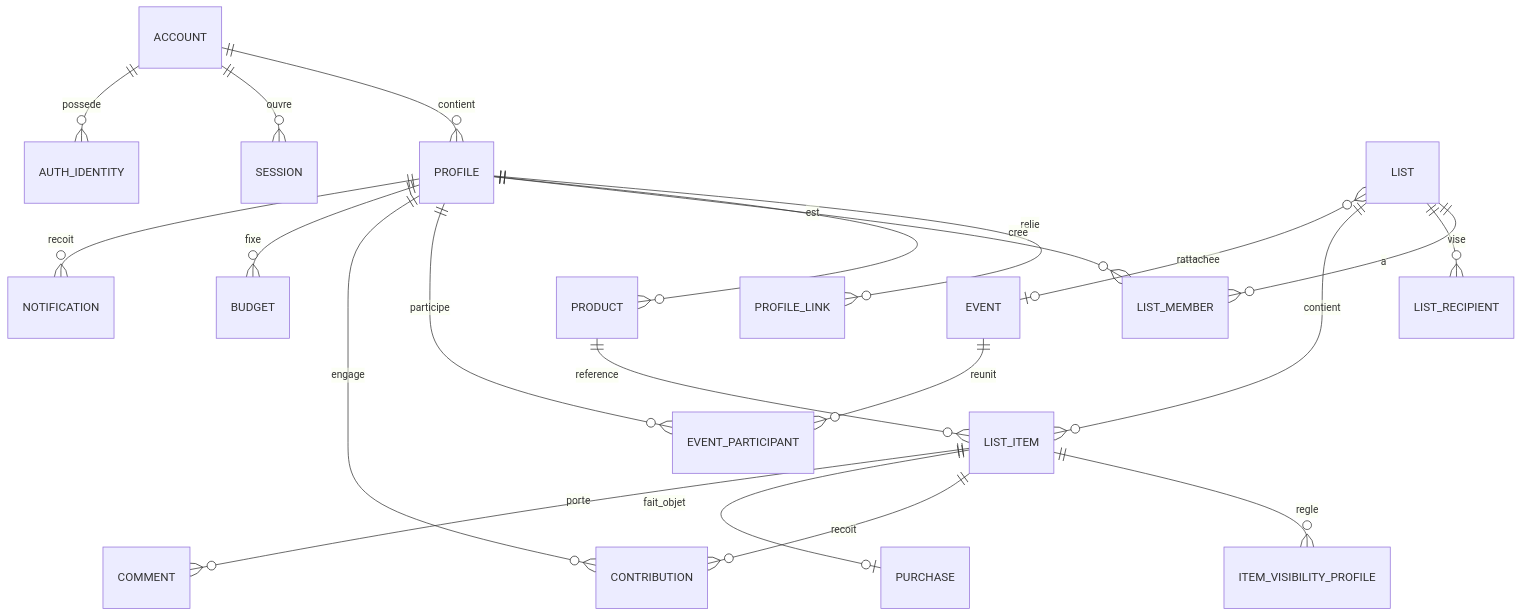
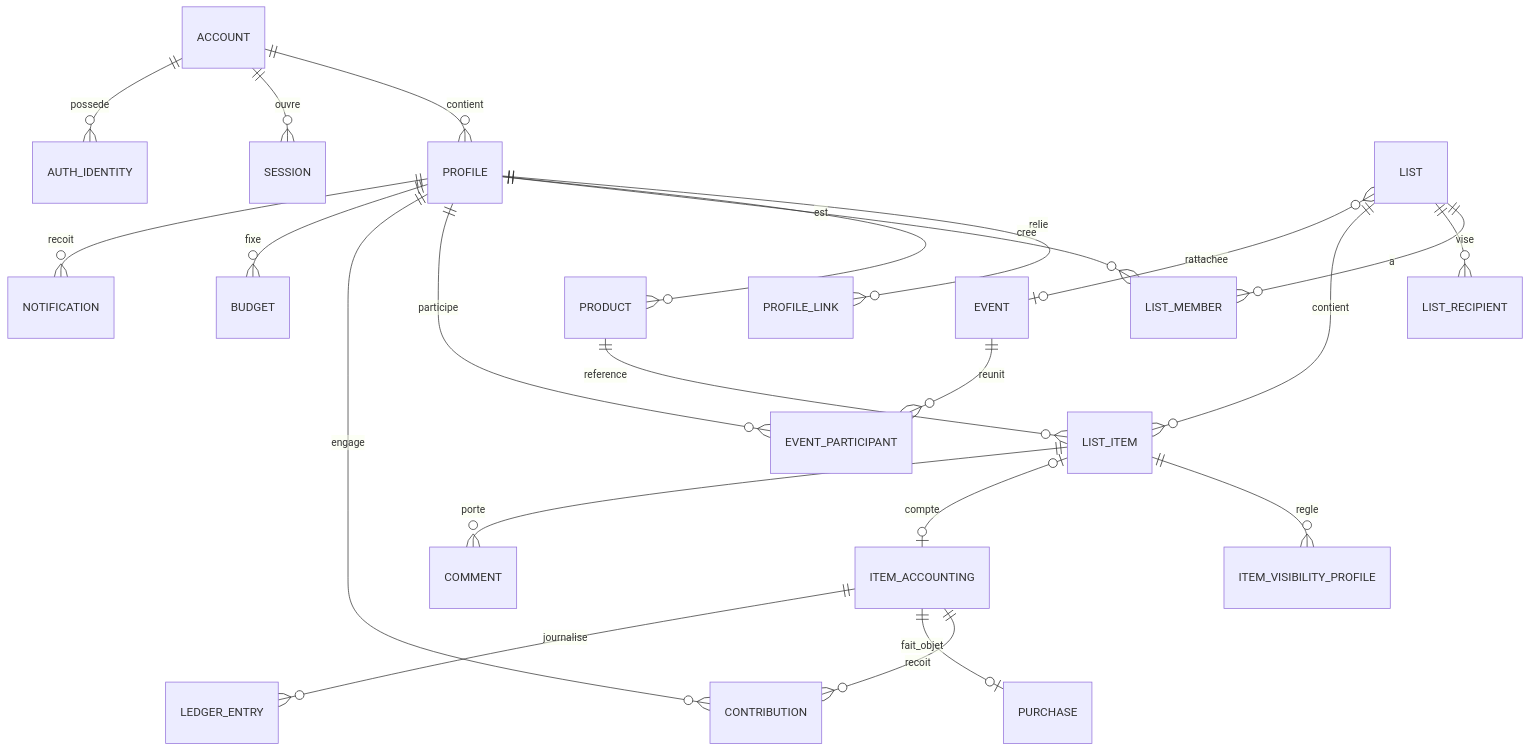
The diagram in docs/spec/12-modele-de-donnees.md (servalD/La-Hotte), drawn with Mermaid before and after one commit. The commit also changed other lines of this file and 8 other files, not shown here.

````diff
--- a/docs/spec/12-modele-de-donnees.md
+++ b/docs/spec/12-modele-de-donnees.md
@@ -17,23 +17,25 @@
 ```mermaid
 erDiagram
     ACCOUNT ||--o{ PROFILE : contient
     ACCOUNT ||--o{ SESSION : ouvre
     ACCOUNT ||--o{ AUTH_IDENTITY : possede
     PROFILE ||--o{ PROFILE_LINK : relie
     PROFILE ||--o{ PRODUCT : cree
     PROFILE ||--o{ LIST_MEMBER : est
     LIST ||--o{ LIST_MEMBER : a
     LIST ||--o{ LIST_RECIPIENT : vise
     LIST ||--o{ LIST_ITEM : contient
     LIST }o--o| EVENT : rattachee
     PRODUCT ||--o{ LIST_ITEM : reference
     LIST_ITEM ||--o{ ITEM_VISIBILITY_PROFILE : regle
-    LIST_ITEM ||--o{ CONTRIBUTION : recoit
-    LIST_ITEM ||--o| PURCHASE : fait_objet
+    LIST_ITEM |o--o| ITEM_ACCOUNTING : compte
+    ITEM_ACCOUNTING ||--o{ CONTRIBUTION : recoit
+    ITEM_ACCOUNTING ||--o| PURCHASE : fait_objet
+    ITEM_ACCOUNTING ||--o{ LEDGER_ENTRY : journalise
     LIST_ITEM ||--o{ COMMENT : porte
     EVENT ||--o{ EVENT_PARTICIPANT : reunit
     PROFILE ||--o{ EVENT_PARTICIPANT : participe
     PROFILE ||--o{ CONTRIBUTION : engage
     PROFILE ||--o{ BUDGET : fixe
     PROFILE ||--o{ NOTIFICATION : recoit
 ```
````
